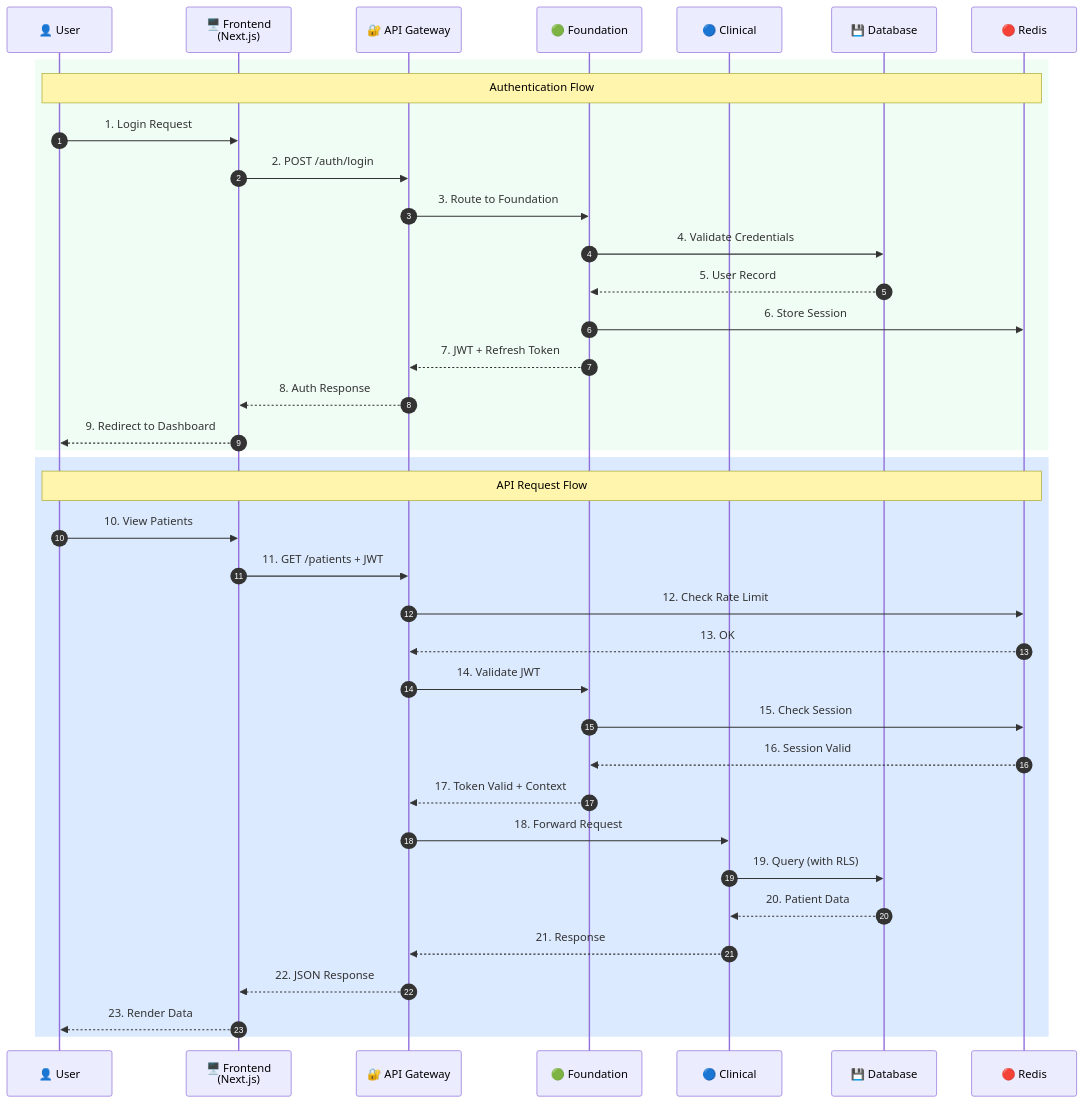
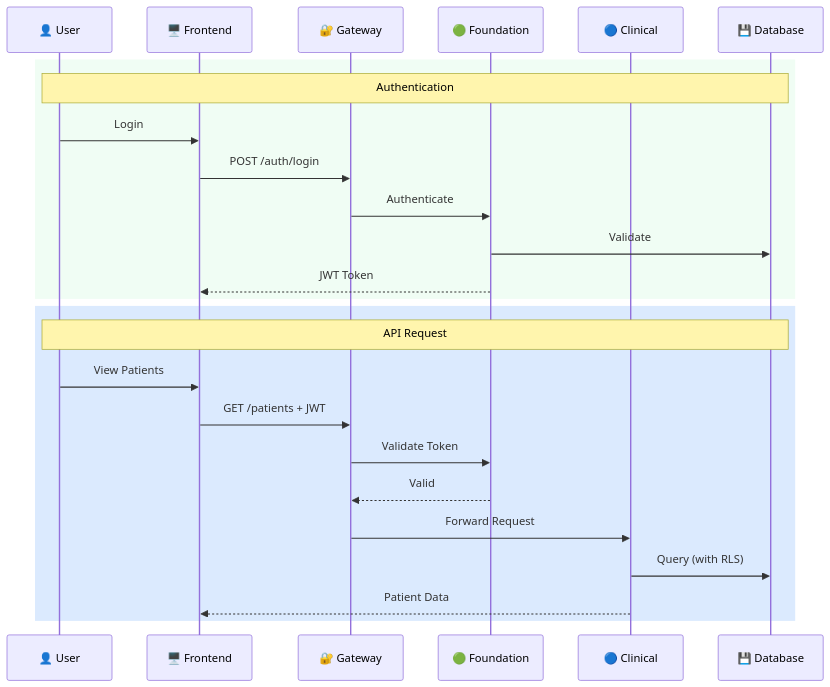
The second of 15 diagrams in docs/architecture/TECHNICAL-ARCHITECTURE.md (daivahealth/athma-ce), drawn with Mermaid before and after one commit. The commit also changed other lines of this file, not shown here.

Commit message:
High Level Diagram available

````diff
--- a/docs/architecture/TECHNICAL-ARCHITECTURE.md
+++ b/docs/architecture/TECHNICAL-ARCHITECTURE.md
@@ -334,43 +173,29 @@
 ```mermaid
 sequenceDiagram
-    autonumber
-    
     participant U as 👤 User
-    participant FE as 🖥️ Frontend<br/>(Next.js)
-    participant GW as 🔐 API Gateway
+    participant FE as 🖥️ Frontend
+    participant GW as 🔐 Gateway
     participant FS as 🟢 Foundation
     participant CS as 🔵 Clinical
     participant DB as 💾 Database
-    participant RD as 🔴 Redis
 
     rect rgb(240, 253, 244)
-        Note over U,RD: Authentication Flow
-        U->>FE: 1. Login Request
-        FE->>GW: 2. POST /auth/login
-        GW->>FS: 3. Route to Foundation
-        FS->>DB: 4. Validate Credentials
-        DB-->>FS: 5. User Record
-        FS->>RD: 6. Store Session
-        FS-->>GW: 7. JWT + Refresh Token
-        GW-->>FE: 8. Auth Response
-        FE-->>U: 9. Redirect to Dashboard
+        Note over U,DB: Authentication
+        U->>FE: Login
+        FE->>GW: POST /auth/login
+        GW->>FS: Authenticate
+        FS->>DB: Validate
+        FS-->>FE: JWT Token
     end
 
     rect rgb(219, 234, 254)
-        Note over U,RD: API Request Flow
-        U->>FE: 10. View Patients
-        FE->>GW: 11. GET /patients + JWT
-        GW->>RD: 12. Check Rate Limit
-        RD-->>GW: 13. OK
-        GW->>FS: 14. Validate JWT
-        FS->>RD: 15. Check Session
-        RD-->>FS: 16. Session Valid
-        FS-->>GW: 17. Token Valid + Context
-        GW->>CS: 18. Forward Request
-        CS->>DB: 19. Query (with RLS)
-        DB-->>CS: 20. Patient Data
-        CS-->>GW: 21. Response
-        GW-->>FE: 22. JSON Response
-        FE-->>U: 23. Render Data
+        Note over U,DB: API Request
+        U->>FE: View Patients
+        FE->>GW: GET /patients + JWT
+        GW->>FS: Validate Token
+        FS-->>GW: Valid
+        GW->>CS: Forward Request
+        CS->>DB: Query (with RLS)
+        CS-->>FE: Patient Data
     end
 ```
````
